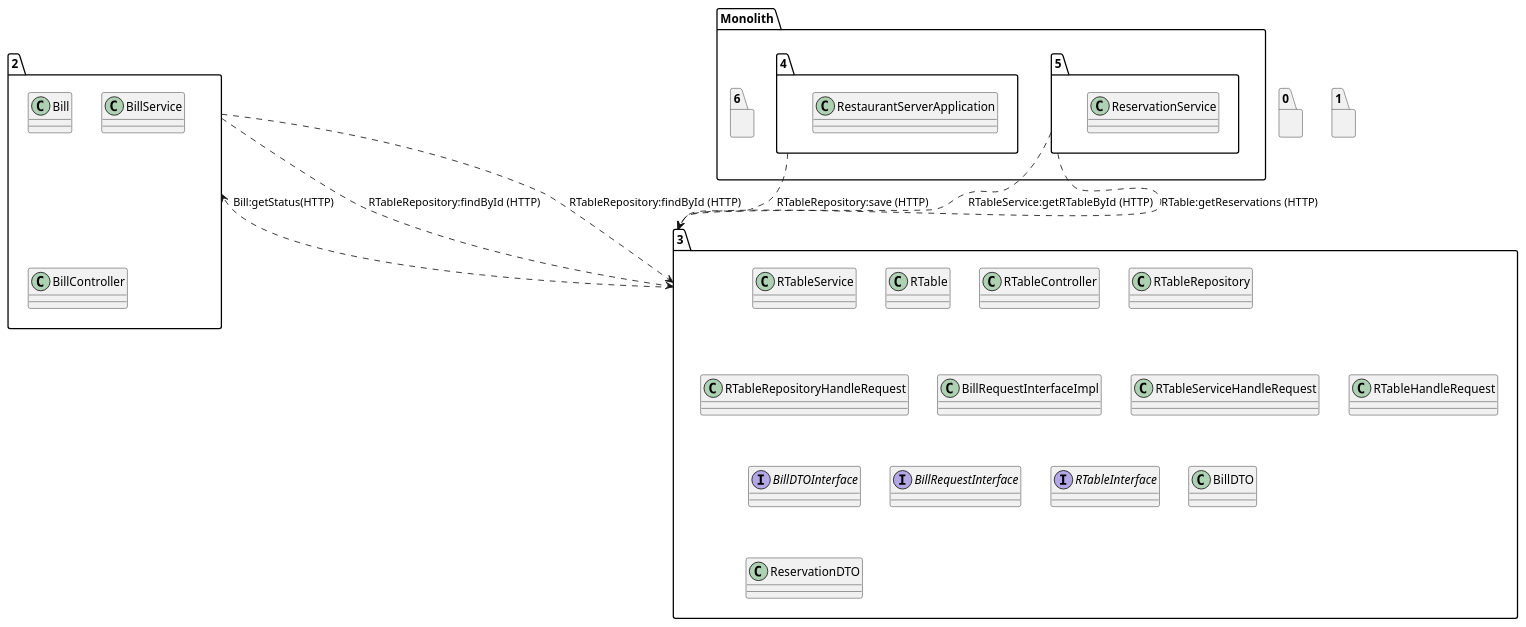
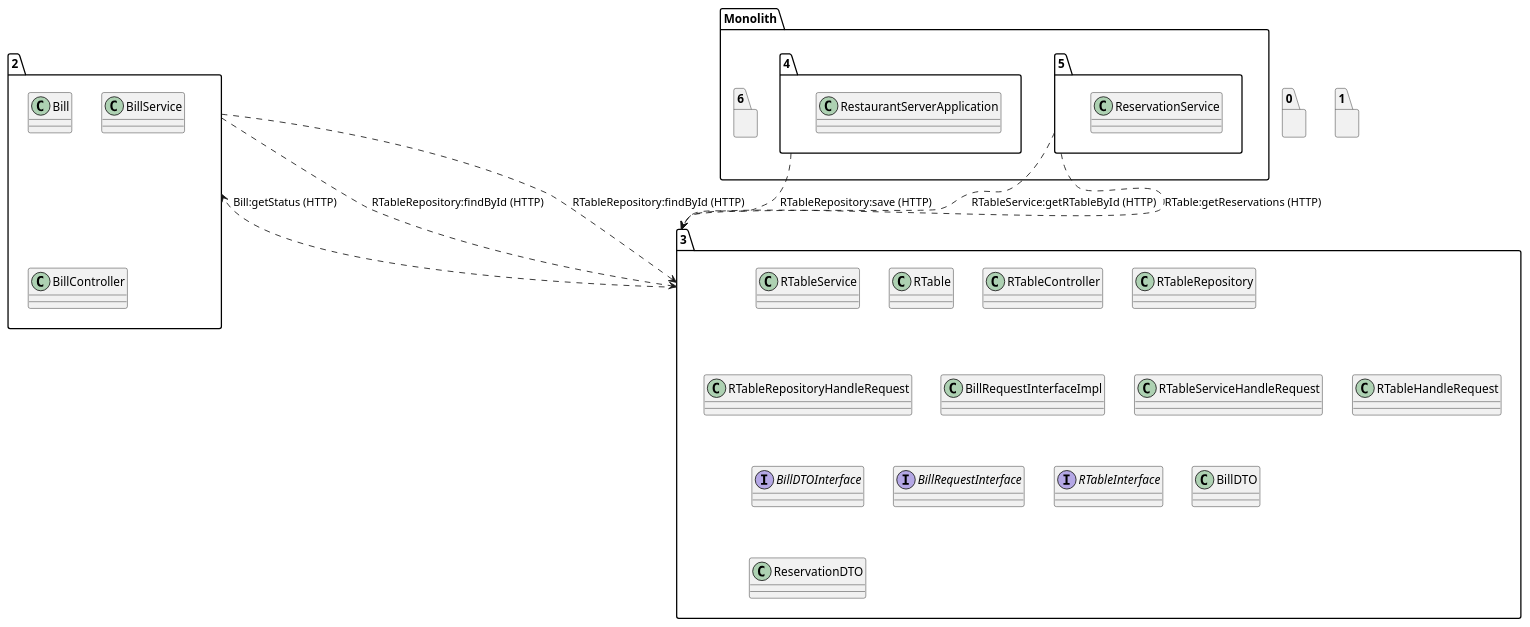
Before and after one commit to SoftwareForHumans/MicroOnion: the diagram in visualization_tool/backend/files/restaurantServer/umls/states/service3_final_state.puml, drawn with PlantUML. The commit also changed 154 other files, not shown here.

Commit message:
Generating restaurant server refactoring schemas

```diff
--- a/visualization_tool/backend/files/restaurantServer/umls/states/service3_final_state.puml
+++ b/visualization_tool/backend/files/restaurantServer/umls/states/service3_final_state.puml
@@ -1,43 +1,43 @@
 @startuml
 package "3"{
 class RTableService
 class RTable
 class RTableController
 class RTableRepository
 class RTableRepositoryHandleRequest
 class BillRequestInterfaceImpl
 class RTableServiceHandleRequest
 class RTableHandleRequest
 interface BillDTOInterface
 interface BillRequestInterface
 interface RTableInterface
 class BillDTO
 class ReservationDTO
 }
 package "0"{
 }
 package "1"{
 }
 package "2"{
 class Bill
 class BillService
 class BillController
 }
 package "Monolith" {
 package "4"{
 class RestaurantServerApplication
 }
 package "5"{
 class ReservationService
 class ReservationService
 }
 package "6"{
 }
 }
-"3"..>"2":Bill:getStatus(HTTP)
+"3"..>"2":Bill:getStatus (HTTP)
 "2"..>"3":RTableRepository:findById (HTTP)
 "2"..>"3":RTableRepository:findById (HTTP)
 "4"..>"3":RTableRepository:save (HTTP)
 "5"..>"3":RTableService:getRTableById (HTTP)
 "5"..>"3":RTable:getReservations (HTTP)
 @enduml
```
